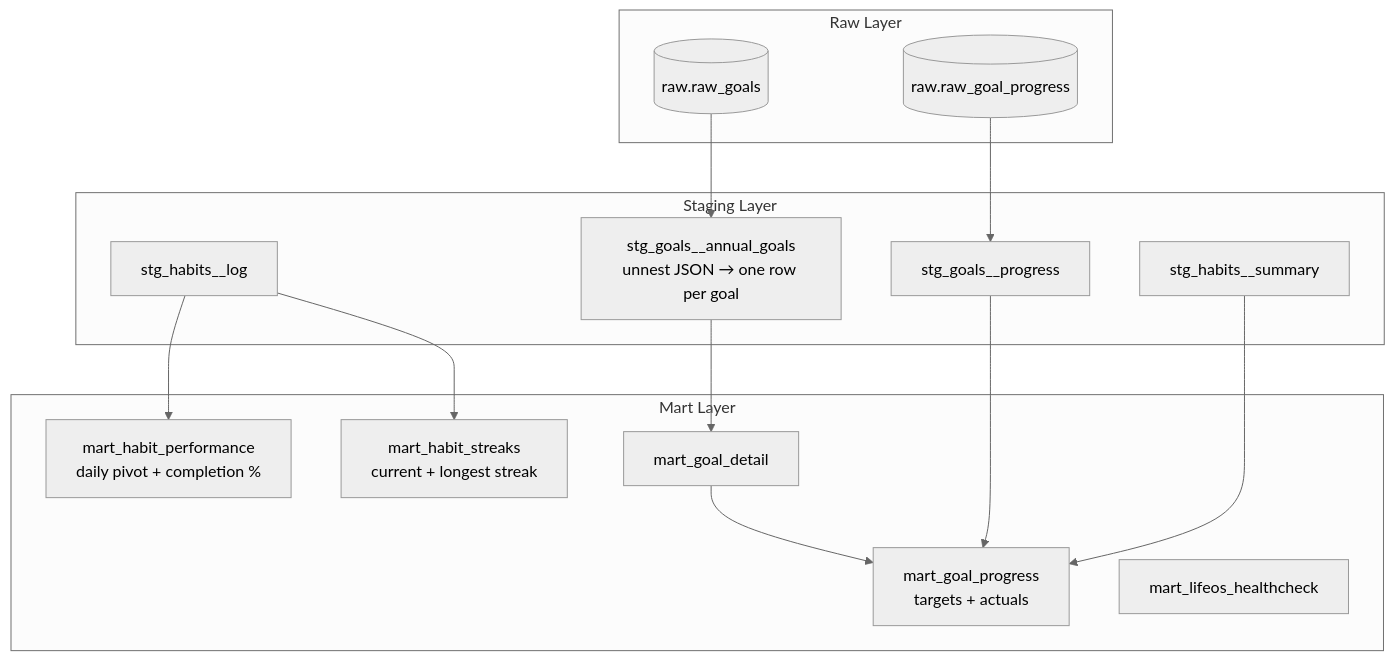
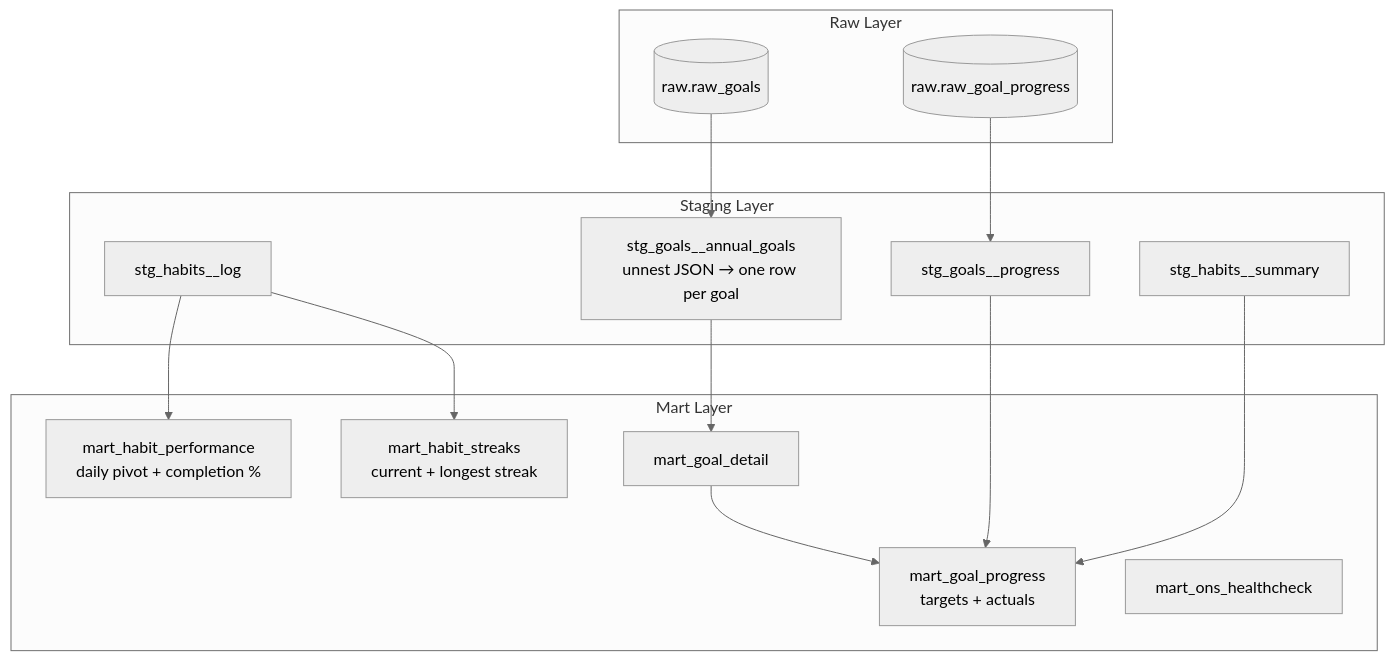
The third of 4 diagrams in README.md (cnvertbleweathr/life-os-2026), drawn with Mermaid (neutral theme) before and after one commit. The commit also changed other lines of this file and 36 other files, not shown here.

````diff
--- a/README.md
+++ b/README.md
@@ -118,27 +120,27 @@
 ```mermaid
 flowchart TD
     subgraph raw["Raw Layer"]
         RG[(raw.raw_goals)]
         RGP[(raw.raw_goal_progress)]
     end
 
     subgraph staging["Staging Layer"]
         SGA[stg_goals__annual_goals\nunnest JSON → one row per goal]
         SGP[stg_goals__progress]
         SHL[stg_habits__log]
         SHS[stg_habits__summary]
     end
 
     subgraph marts["Mart Layer"]
         MHP[mart_habit_performance\ndaily pivot + completion %]
         MHS[mart_habit_streaks\ncurrent + longest streak]
         MGD[mart_goal_detail]
         MGP[mart_goal_progress\ntargets + actuals]
-        MHC[mart_lifeos_healthcheck]
+        MHC[mart_ons_healthcheck]
     end
 
     RG --> SGA --> MGD --> MGP
     RGP --> SGP --> MGP
     SHL --> MHP & MHS
     SHS --> MGP
 ```
````
